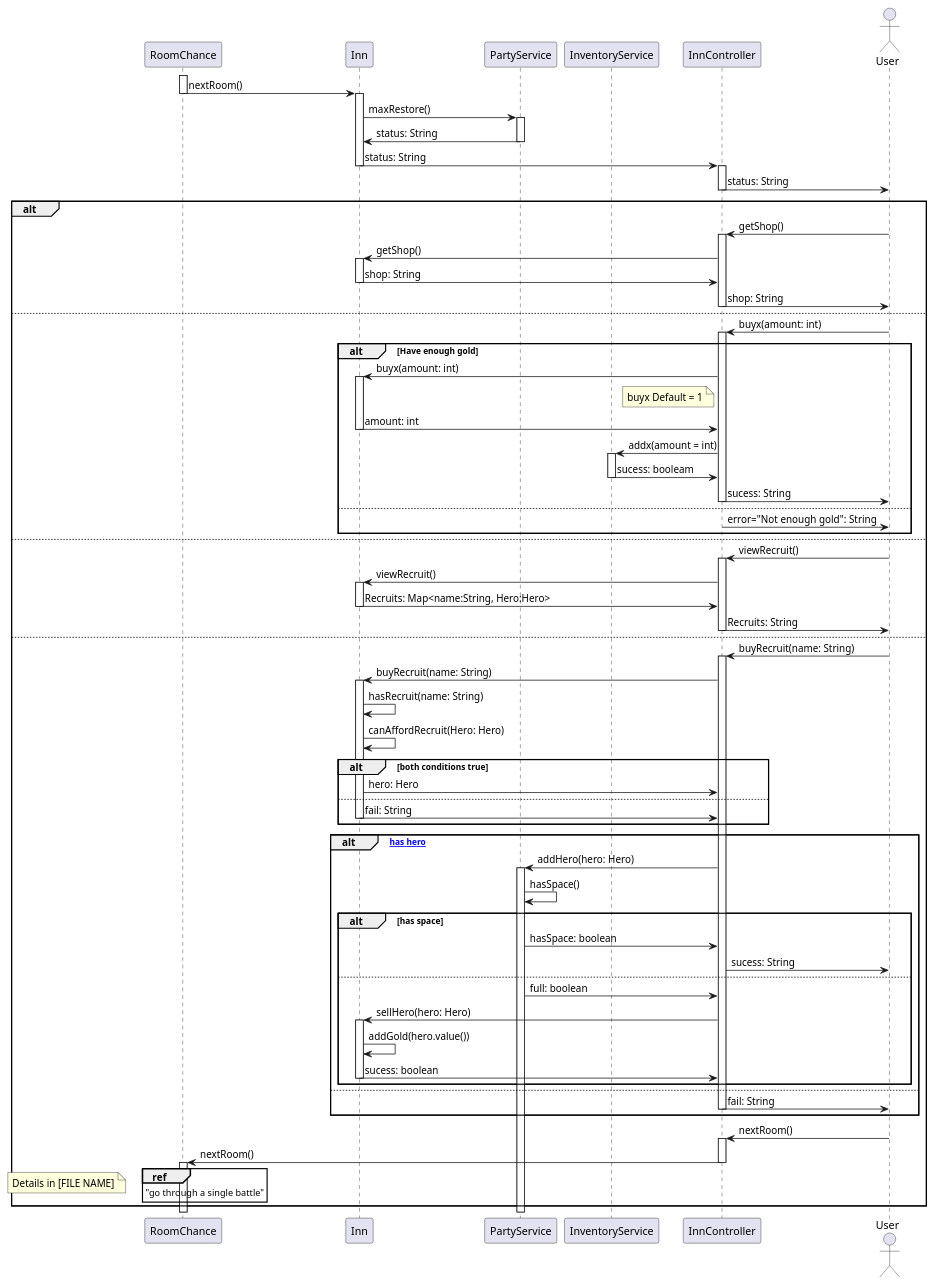
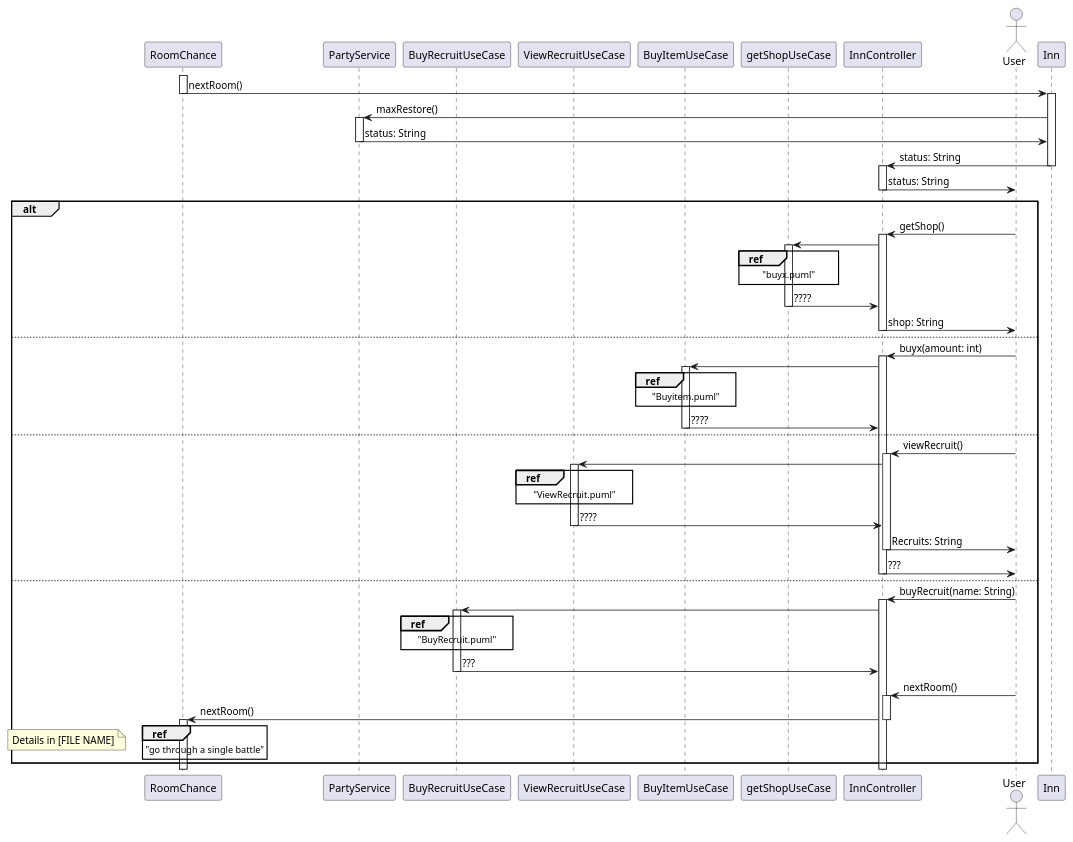
Before and after one commit to JosefG50/2203-Legends-of-Sword-and-Wand: the diagram in rpg-legends/docs/uml/interact-with-inn.puml, drawn with PlantUML. The commit also changed 4 other files, not shown here.

Commit message:
divided Use case into 5 diagrams

```diff
--- a/rpg-legends/docs/uml/interact-with-inn.puml
+++ b/rpg-legends/docs/uml/interact-with-inn.puml
@@ -1,139 +1,100 @@
 @startuml
 
 participant RoomChance
 
 ' Inn is concrete that the user 
-' "revists" throughout campaign
-participant Inn 
-' participant PartyController
 participant PartyService
-participant InventoryService
+participant BuyRecruitUseCase
+participant ViewRecruitUseCase
+participant BuyItemUseCase
+participant getShopUseCase
 participant InnController
 actor User
 
 
 ' RoomChance selects Inn
 activate RoomChance
 RoomChance -> Inn: nextRoom()
 deactivate RoomChance
 activate Inn
 
 Inn -> PartyService: maxRestore()
 activate PartyService
 
 
 PartyService -> Inn: status: String
 deactivate PartyService
 Inn -> InnController: status: String 
 deactivate Inn
 activate InnController
 
 
 InnController -> User: status: String
 deactivate InnController
 ' User given option to pick one of many different commands
 
 alt
 ' User wants to View Shop
 User -> InnController: getShop()
 activate InnController
 
-InnController -> Inn: getShop()
-activate Inn
-Inn -> InnController: shop: String
-deactivate Inn
+InnController -> getShopUseCase
+activate getShopUseCase
+ref over getShopUseCase:"buyx.puml"
+getShopUseCase -> InnController: ????
+deactivate getShopUseCase
 InnController -> User: shop: String
 deactivate InnController
 
 else
 ' User attempts to buy item
 User -> InnController: buyx(amount: int)
 activate InnController
 ' Checks if they have enough gold
-alt Have enough gold
-InnController -> Inn: buyx(amount: int)
-activate Inn
-
-note left of InnController
-buyx Default = 1
-end note
-
-Inn -> InnController: amount: int
-deactivate Inn
-' add to InventoryService
-InnController -> InventoryService: addx(amount = int)
-activate InventoryService
-InventoryService -> InnController: sucess: booleam
-deactivate InventoryService
-InnController -> User: sucess: String
-deactivate InnController
-else
-InnController -> User: error="Not enough gold": String
-deactivate InnController
-end
+InnController -> BuyItemUseCase
+activate BuyItemUseCase
+ref over BuyItemUseCase: "Buyitem.puml"
+BuyItemUseCase -> InnController: ????
+deactivate BuyItemUseCase 
 
 else
+
 ' view recuitment
 User -> InnController: viewRecruit()
 activate InnController
-InnController -> Inn: viewRecruit()
-activate Inn
-Inn -> InnController: Recruits: Map<name:String, Hero:Hero>
-deactivate Inn
+InnController -> ViewRecruitUseCase: 
+activate ViewRecruitUseCase
+ref over ViewRecruitUseCase: "ViewRecruit.puml"
+ViewRecruitUseCase -> InnController: ????
+deactivate ViewRecruitUseCase
 InnController -> User: Recruits: String
+deactivate InnController
+InnController -> User: ???
 deactivate InnController
 
 else
 ' User attempts to recruit
 User -> InnController: buyRecruit(name: String)
 activate InnController
+InnController -> BuyRecruitUseCase
+activate BuyRecruitUseCase
+ref over BuyRecruitUseCase: "BuyRecruit.puml"
+' First, Attempts to buy Recruit
+BuyRecruitUseCase -> InnController: ???
+deactivate BuyRecruitUseCase
 
-' First, Attempts to buy Recruit
-InnController -> Inn: buyRecruit(name: String)
-activate Inn
-Inn -> Inn: hasRecruit(name: String)
-Inn -> Inn: canAffordRecruit(Hero: Hero)
 
-alt both conditions true
-Inn -> InnController: hero: Hero
-else
-Inn -> InnController: fail: String
-deactivate Inn
-end
-
-' Attempts to Add Recruit to Party
-alt [InnController has hero]
-InnController -> PartyService: addHero(hero: Hero)
-activate PartyService
-
-PartyService -> PartyService: hasSpace()
-alt has space
-PartyService -> InnController: hasSpace: boolean
-InnController -> User: sucess: String
-
-else
-PartyService -> InnController: full: boolean
-InnController -> Inn: sellHero(hero: Hero)
-activate Inn 
-Inn -> Inn: addGold(hero.value())
-Inn -> InnController: sucess: boolean
-deactivate Inn
-end
-else 
-InnController -> User: fail: String
-deactivate InnController
-end
 'Go to Next Room
 User -> InnController: nextRoom()
 activate InnController
 InnController -> RoomChance: nextRoom()
 deactivate InnController
 activate RoomChance
 
 ref over RoomChance:"go through a single battle"
     note left 
         Details in [FILE NAME]
     end note 
 deactivate RoomChance
 end
 @enduml
```
